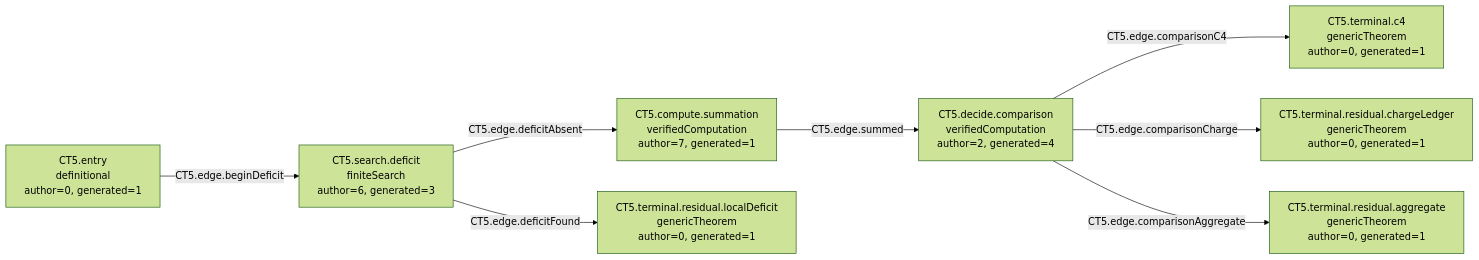
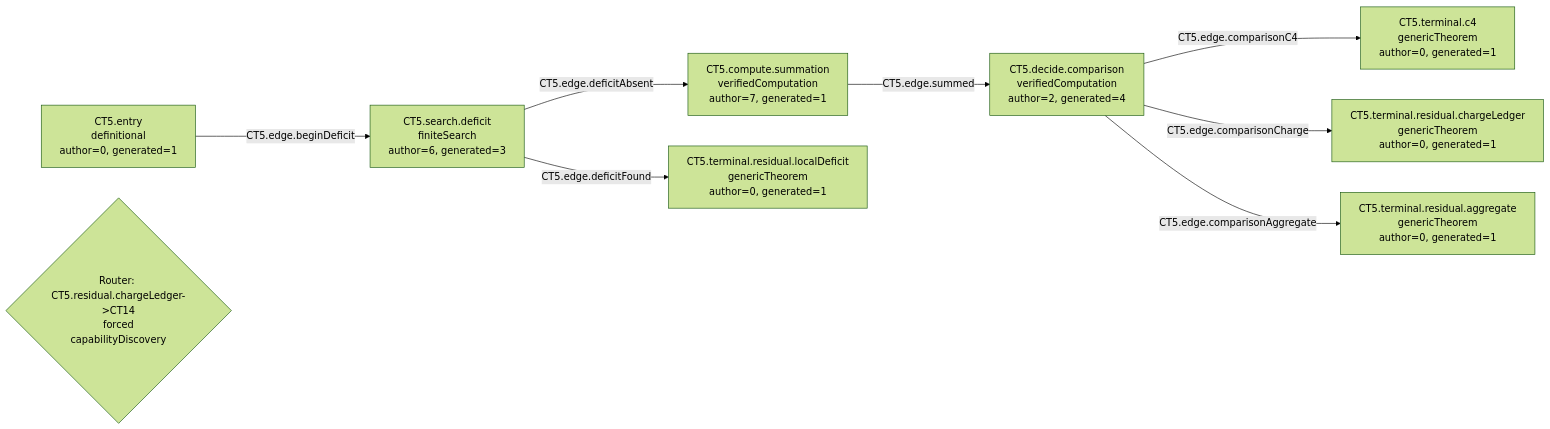
One commit to Guillemdb/structural_exhaustion changed the diagram in generated/mermaid/CT5.mmd. Above: the diagram before and after it, drawn with Mermaid (forest theme). The commit also changed 401 other files, not shown here.

```diff
--- a/generated/mermaid/CT5.mmd
+++ b/generated/mermaid/CT5.mmd
@@ -1,16 +1,17 @@
 flowchart LR
   N1["CT5.entry<br/>definitional<br/>author=0, generated=1"]
   N2["CT5.search.deficit<br/>finiteSearch<br/>author=6, generated=3"]
   N3["CT5.compute.summation<br/>verifiedComputation<br/>author=7, generated=1"]
   N4["CT5.decide.comparison<br/>verifiedComputation<br/>author=2, generated=4"]
   N5["CT5.terminal.residual.localDeficit<br/>genericTheorem<br/>author=0, generated=1"]
   N6["CT5.terminal.c4<br/>genericTheorem<br/>author=0, generated=1"]
   N7["CT5.terminal.residual.chargeLedger<br/>genericTheorem<br/>author=0, generated=1"]
   N8["CT5.terminal.residual.aggregate<br/>genericTheorem<br/>author=0, generated=1"]
   N1 -->|CT5.edge.beginDeficit| N2
   N2 -->|CT5.edge.deficitFound| N5
   N2 -->|CT5.edge.deficitAbsent| N3
   N3 -->|CT5.edge.summed| N4
   N4 -->|CT5.edge.comparisonC4| N6
   N4 -->|CT5.edge.comparisonCharge| N7
   N4 -->|CT5.edge.comparisonAggregate| N8
+  R1{"Router: CT5.residual.chargeLedger->CT14<br/>forced<br/>capabilityDiscovery"}
```
